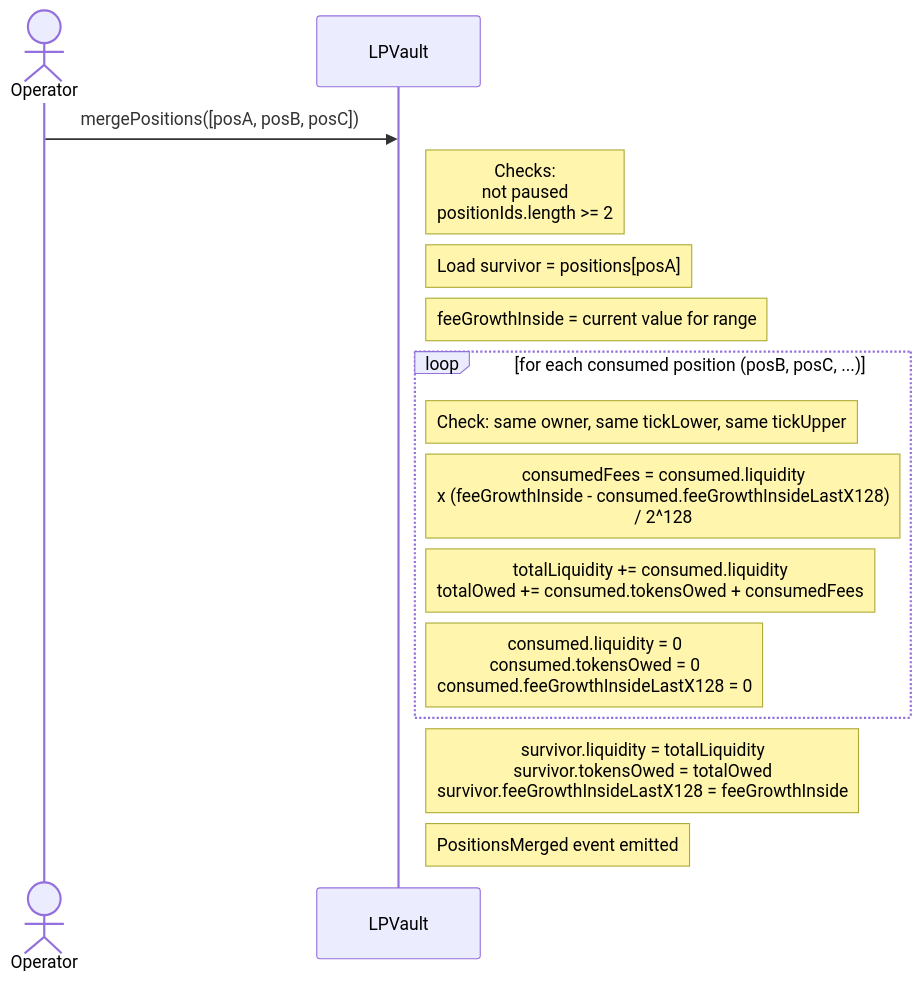
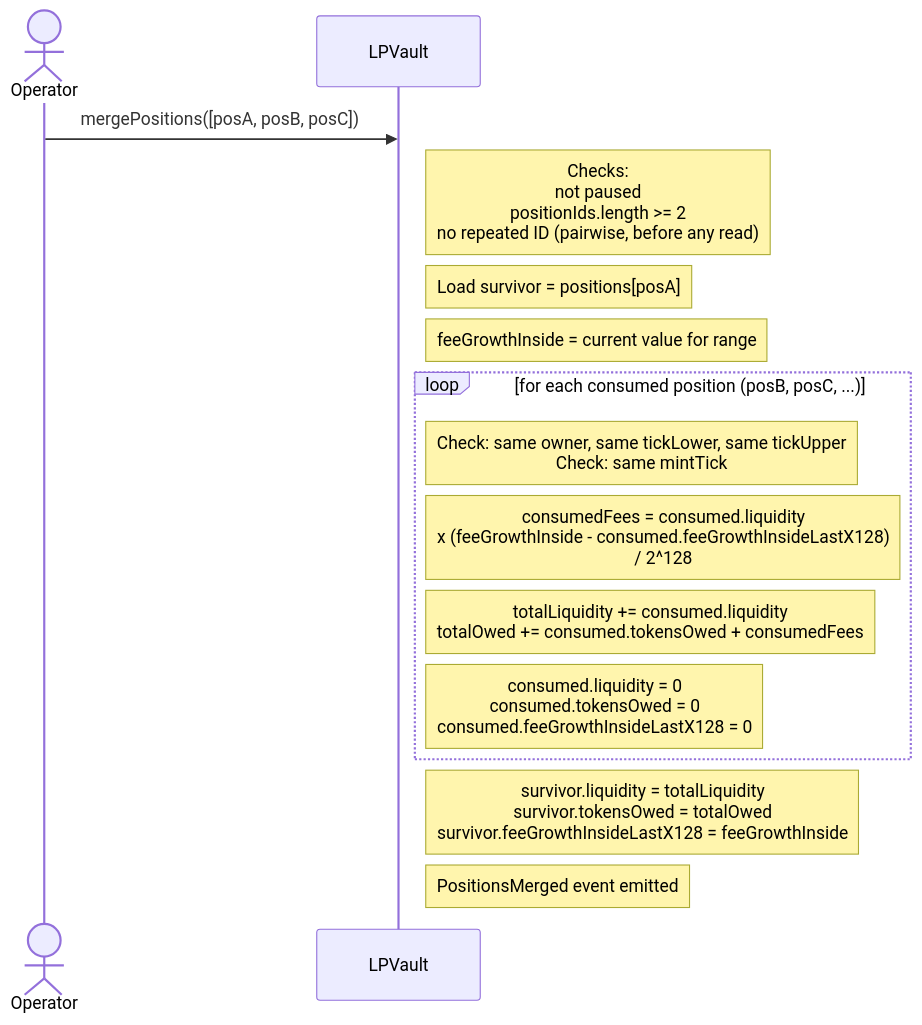
Before and after one commit to ProphetMarket/lp-vaults: diagram 12 of 28 in REFERENCE.md, drawn with Mermaid. The commit also changed other lines of this file and 3 other files, not shown here.

First line of the commit message:
chore (vault): Document the mint tick and update the plan for R7

````diff
--- a/REFERENCE.md
+++ b/REFERENCE.md
@@ -591,21 +591,21 @@
 ```mermaid
 sequenceDiagram
     actor Operator
     participant Vault as LPVault
 
     Operator->>Vault: mergePositions([posA, posB, posC])
-    Note right of Vault: Checks:<br/>not paused<br/>positionIds.length >= 2
+    Note right of Vault: Checks:<br/>not paused<br/>positionIds.length >= 2<br/>no repeated ID (pairwise, before any read)
 
     Note right of Vault: Load survivor = positions[posA]
     Note right of Vault: feeGrowthInside = current value for range
 
     loop for each consumed position (posB, posC, ...)
-        Note right of Vault: Check: same owner, same tickLower, same tickUpper
+        Note right of Vault: Check: same owner, same tickLower, same tickUpper<br/>Check: same mintTick
         Note right of Vault: consumedFees = consumed.liquidity<br/>    x (feeGrowthInside - consumed.feeGrowthInsideLastX128)<br/>    / 2^128
         Note right of Vault: totalLiquidity += consumed.liquidity<br/>totalOwed += consumed.tokensOwed + consumedFees
         Note right of Vault: consumed.liquidity = 0<br/>consumed.tokensOwed = 0<br/>consumed.feeGrowthInsideLastX128 = 0
     end
 
     Note right of Vault: survivor.liquidity = totalLiquidity<br/>survivor.tokensOwed = totalOwed<br/>survivor.feeGrowthInsideLastX128 = feeGrowthInside
     Note right of Vault: PositionsMerged event emitted
 ```
````
